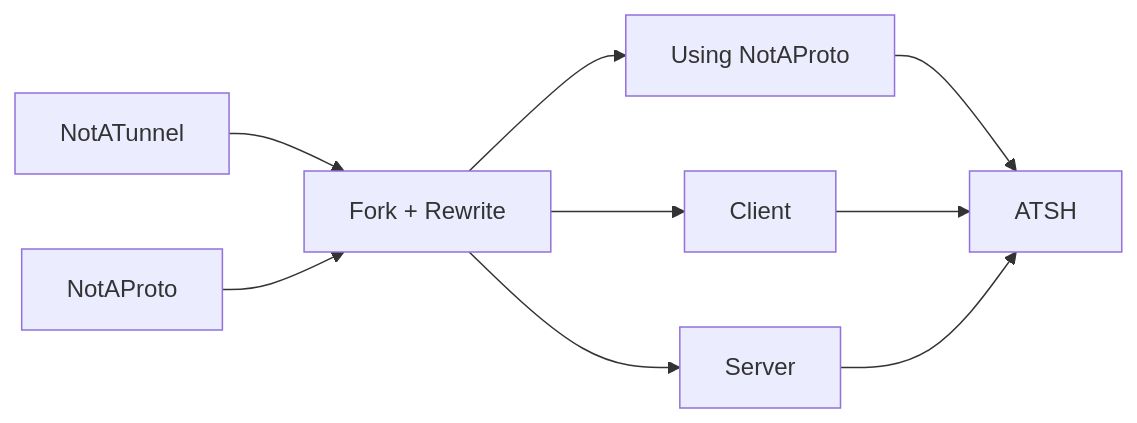
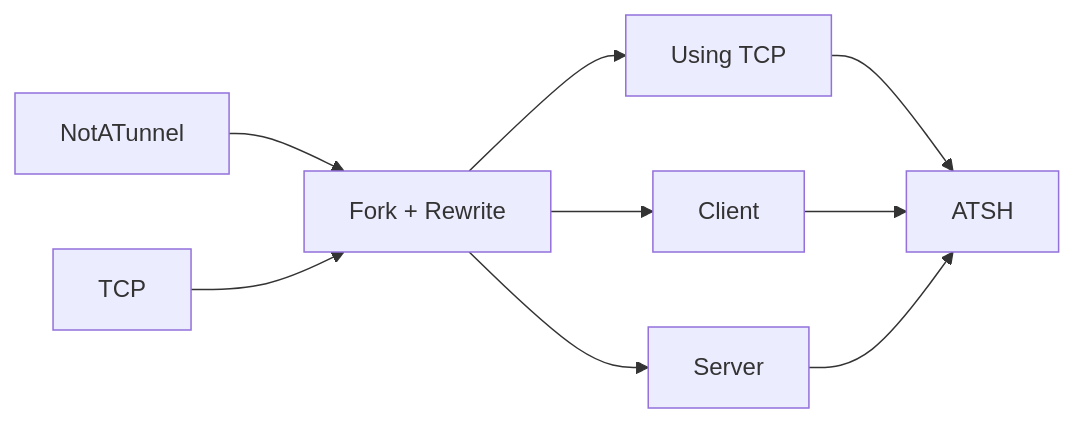
Before and after one commit to eblanrose/atsh: the diagram in README.md, drawn with Mermaid.

````diff
--- a/README.md
+++ b/README.md
@@ -12,10 +12,10 @@
 ``` mermaid
 graph LR
 A[NotATunnel]
 A --> B[Fork + Rewrite] --> D[Client]
-NotAProto --> B --> J[Using NotAProto] --> C
+TCP --> B --> J[Using TCP] --> C
 
 B --> E[Server]
 D --> C
 E --> C[ATSH]
 ```
````
